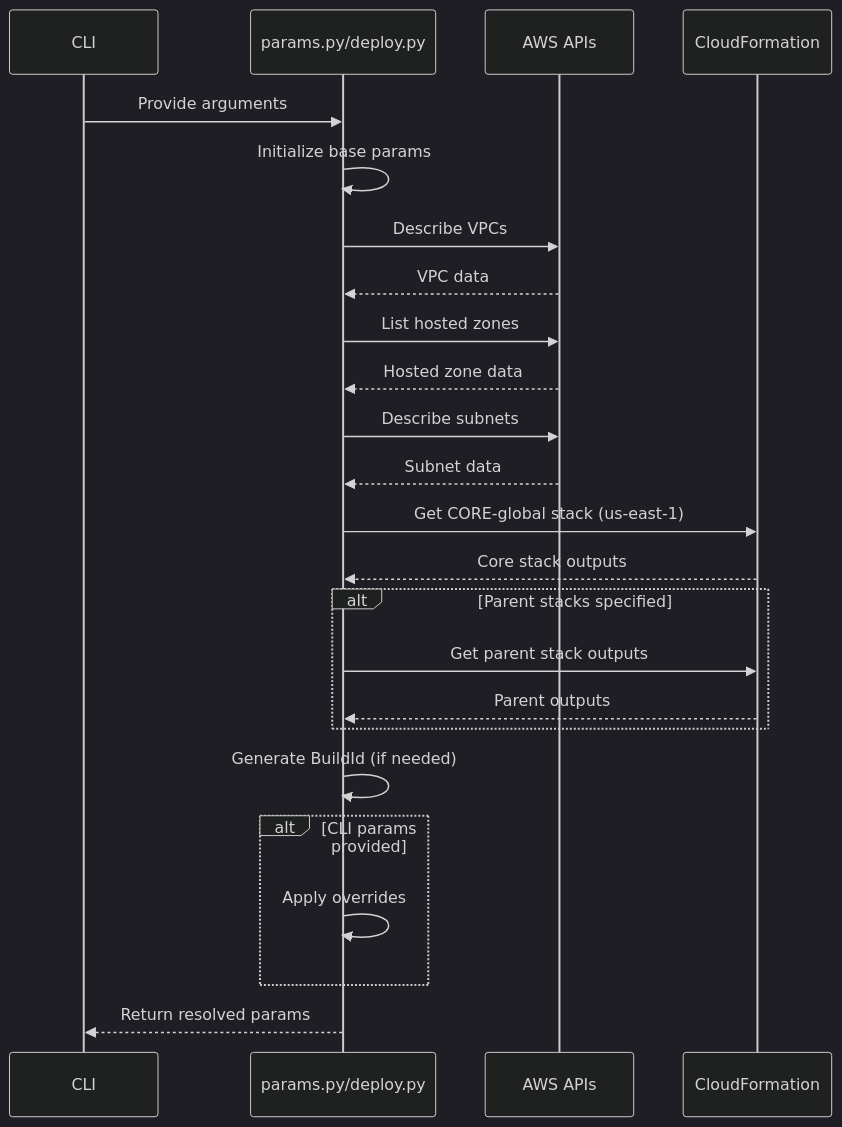
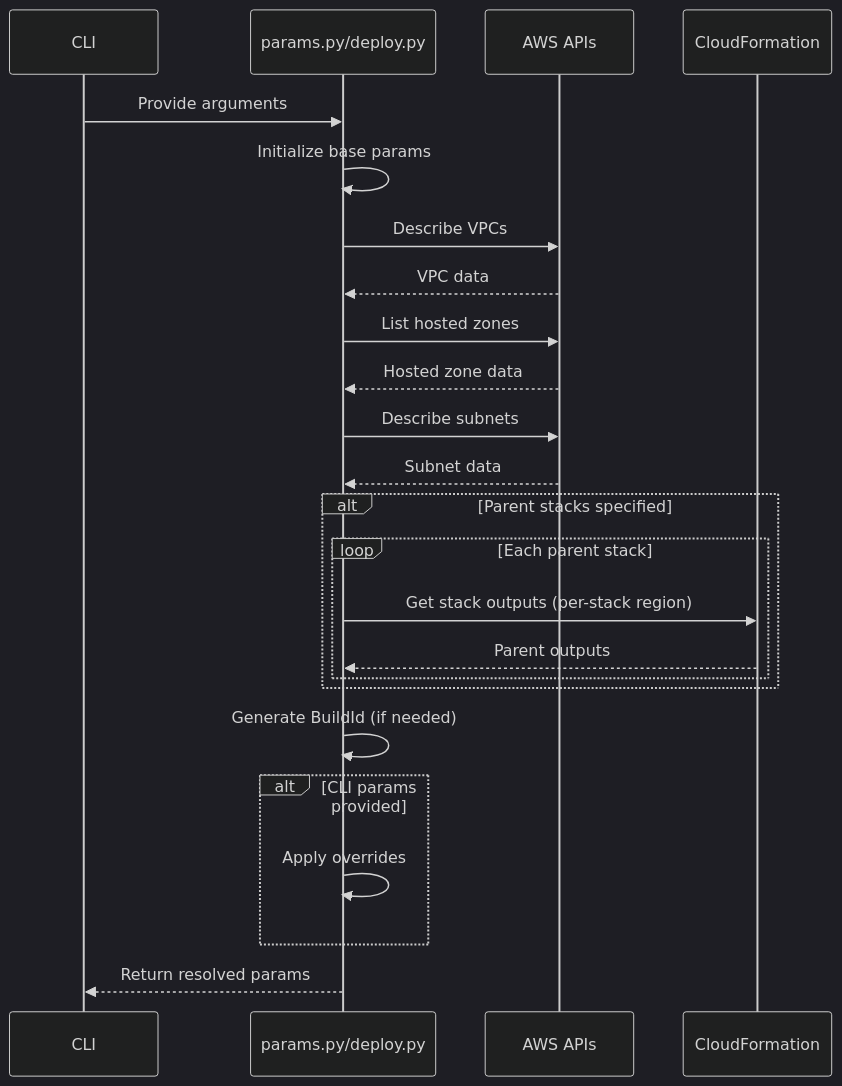
The third of 3 diagrams in shared/README.md (alpha-prosoft/cbd-jenkins-pipeline), drawn with Mermaid (dark theme) before and after one commit. The commit also changed other lines of this file and 2 other files, not shown here.

````diff
--- a/shared/README.md
+++ b/shared/README.md
@@ -139,31 +146,31 @@
 ```mermaid
 sequenceDiagram
     participant CLI
     participant Script as params.py/deploy.py
     participant AWS as AWS APIs
     participant Stack as CloudFormation
     
     CLI->>Script: Provide arguments
     Script->>Script: Initialize base params
     Script->>AWS: Describe VPCs
     AWS-->>Script: VPC data
     Script->>AWS: List hosted zones
     AWS-->>Script: Hosted zone data
     Script->>AWS: Describe subnets
     AWS-->>Script: Subnet data
-    Script->>Stack: Get CORE-global stack (us-east-1)
-    Stack-->>Script: Core stack outputs
     
     alt Parent stacks specified
-        Script->>Stack: Get parent stack outputs
-        Stack-->>Script: Parent outputs
+        loop Each parent stack
+            Script->>Stack: Get stack outputs (per-stack region)
+            Stack-->>Script: Parent outputs
+        end
     end
     
     Script->>Script: Generate BuildId (if needed)
     
     alt CLI params provided
         Script->>Script: Apply overrides
     end
     
     Script-->>CLI: Return resolved params
 ```
````
